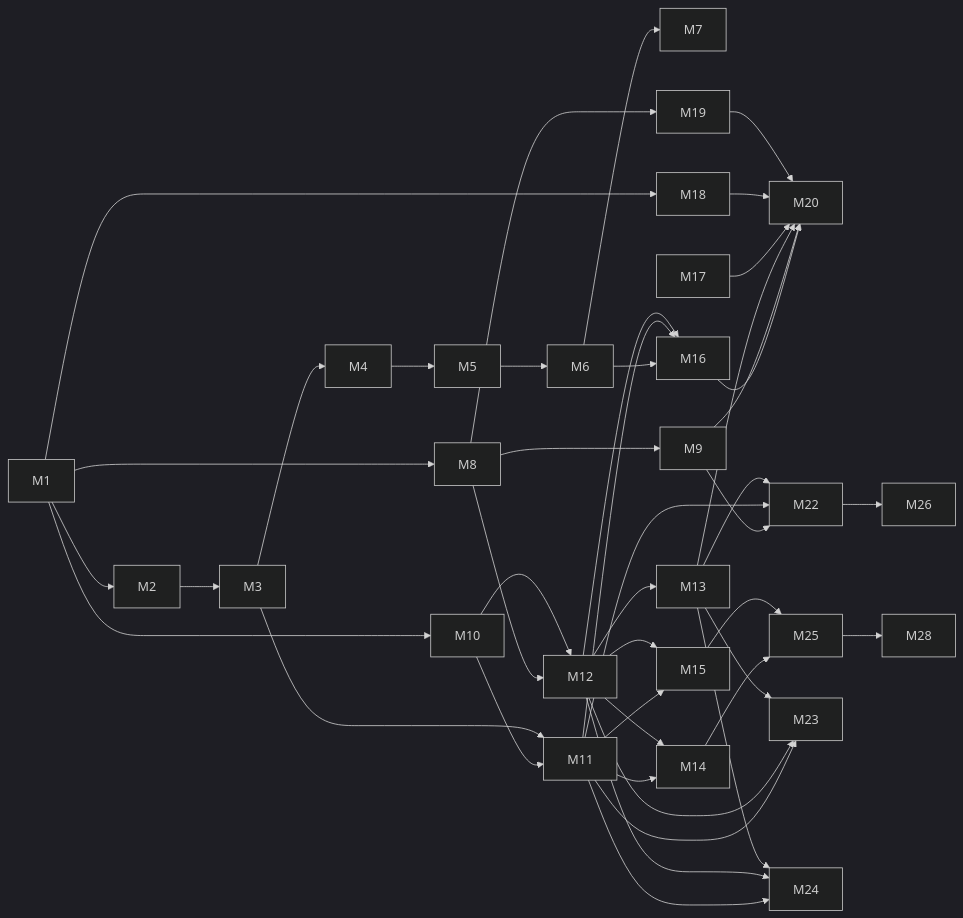
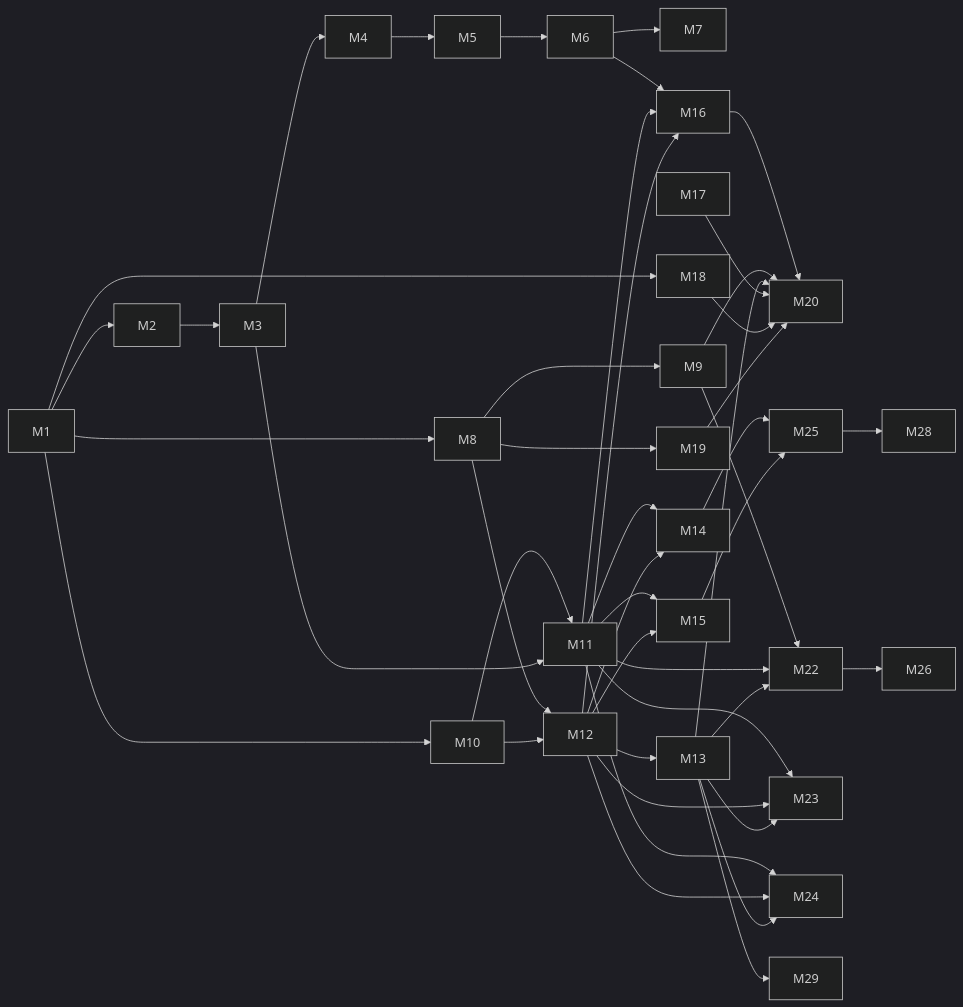
Before and after one commit to PavelArs/capital-tracker: the second of 2 diagrams in docs/product-requirements.md, drawn with Mermaid (dark theme). The commit also changed other lines of this file and 21 other files, not shown here.

````diff
--- a/docs/product-requirements.md
+++ b/docs/product-requirements.md
@@ -853,38 +865,39 @@
 ```mermaid
 flowchart LR
   M1 --> M2 --> M3 --> M4 --> M5 --> M6 --> M7
   M1 --> M8 --> M9
   M1 --> M10 --> M11
   M3 --> M11
   M8 --> M12
   M10 --> M12 --> M13
   M11 --> M14
   M12 --> M14
   M11 --> M15
   M12 --> M15
   M6 --> M16
   M11 --> M16
   M12 --> M16
   M1 --> M18
   M8 --> M19
   M17
   M16 --> M20
   M9 --> M20
   M13 --> M20
   M17 --> M20
   M18 --> M20
   M19 --> M20
   M9 --> M22
   M11 --> M22
   M13 --> M22
   M22 --> M26
   M14 --> M25
   M15 --> M25
   M11 --> M23
   M12 --> M23
   M13 --> M23
   M11 --> M24
   M12 --> M24
   M13 --> M24
   M25 --> M28
+  M13 --> M29
 ```
````
